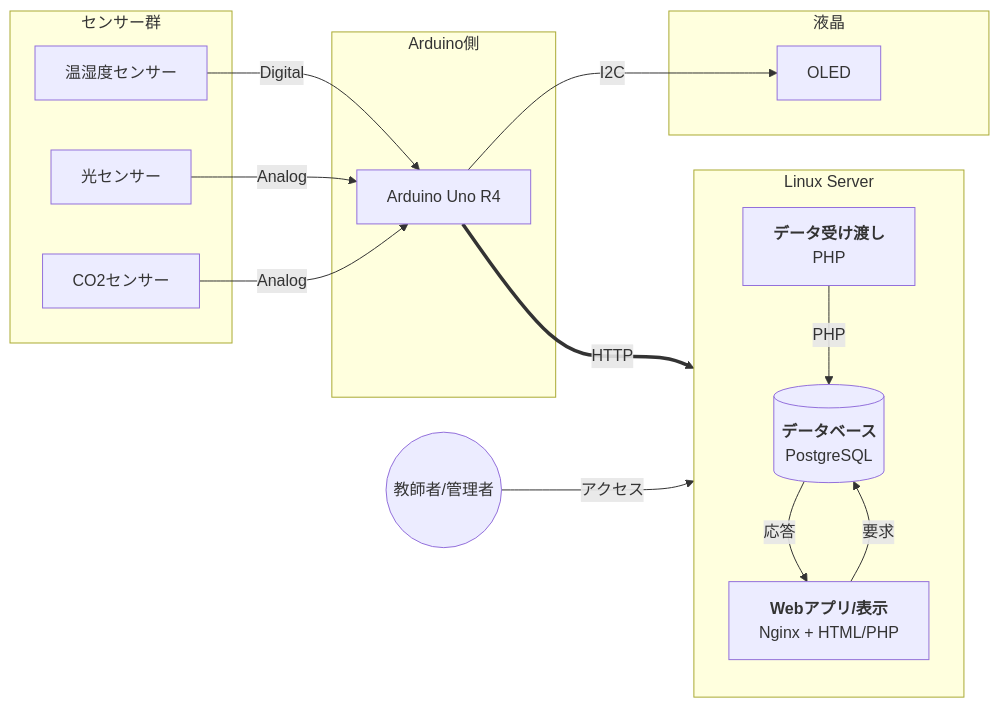
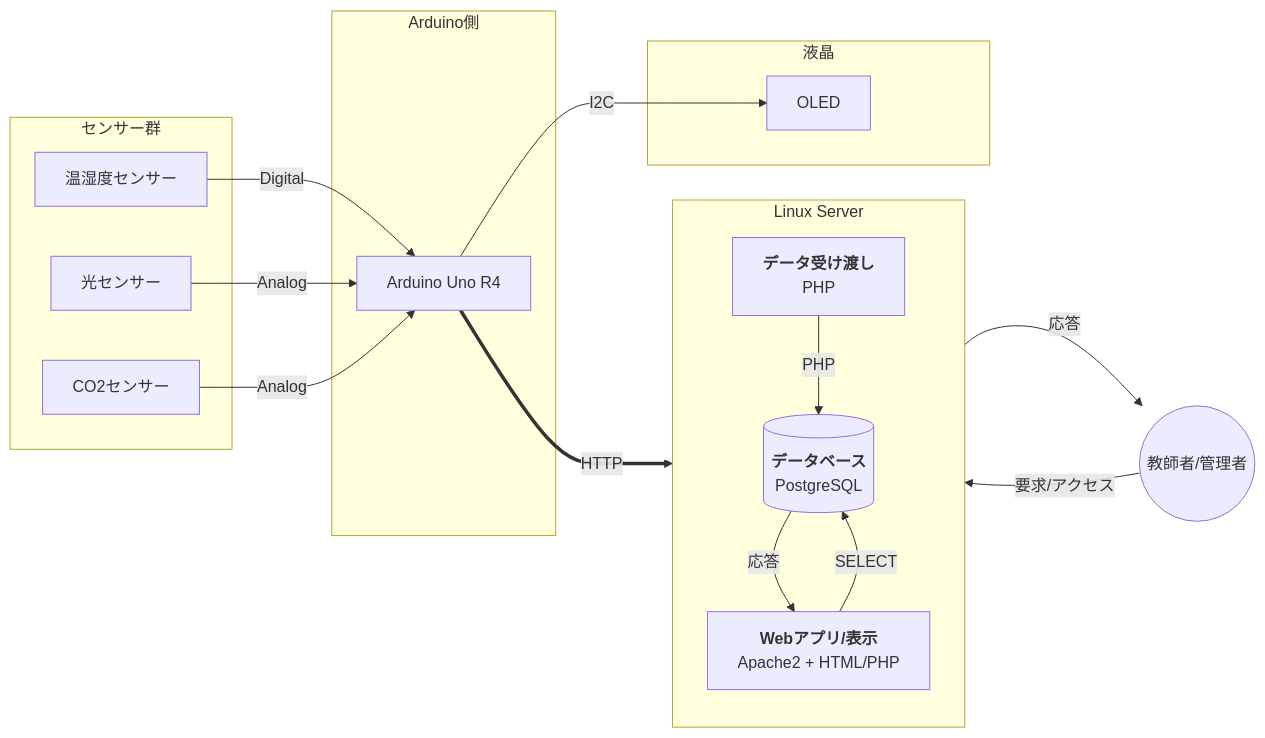
The diagram in mermaid_js/archetexter.mmd (chiisanaokome/html), drawn with Mermaid before and after one commit.

Commit message:
mmd nanika hirumae

```diff
--- a/mermaid_js/archetexter.mmd
+++ b/mermaid_js/archetexter.mmd
@@ -1,47 +1,49 @@
 graph LR
     %% スタイルの定義
     %% classDef hardware fill:#e1f5fe,stroke:#01579b,stroke-width:2px;
     %% classDef server fill:#e8f5e9,stroke:#2e7d32,stroke-width:2px;
     %% classDef db fill:#fff9c4,stroke:#fbc02d,stroke-width:2px;
 
     subgraph Sensors [センサー群]
         DHT[温湿度センサー]
         Photo[光センサー]
         MHZ[CO2センサー]
     end
 
     subgraph Output_Status[液晶]
         OLED[OLED]
     end
 
     subgraph Arduino_Unit [Arduino側]
         Arduino[Arduino Uno R4]
     end
 
     subgraph Linux_Server [Linux Server]
         direction TB
         Receiver[<b>データ受け渡し</b><br>PHP]
         Database[(<b>データベース</b><br>PostgreSQL)]
-        WebApp[<b>Webアプリ/表示</b><br>Nginx + HTML/PHP]
+        WebApp[<b>Webアプリ/表示</b><br>Apache2 + HTML/PHP]
     end
 
     User((教師者/管理者))
 
     %% 接続関係
     DHT -->|Digital| Arduino
     Photo -->|Analog| Arduino
     MHZ -->|Analog| Arduino
     
 
     Arduino ==>|HTTP| Receiver
     Receiver -->|PHP| Database
     Arduino -->|I2C| OLED
     
-    User -->|アクセス| WebApp
-    WebApp -->|要求| Database
+    User -->|要求/アクセス| WebApp
+    WebApp -->|応答| User
+
+    WebApp -->|SELECT| Database
     Database -->|応答| WebApp
 
     %% クラス適用
     class DHT,Photo,MHZ,Arduino hardware;
     class Receiver,WebApp server;
     class Database db;
```
